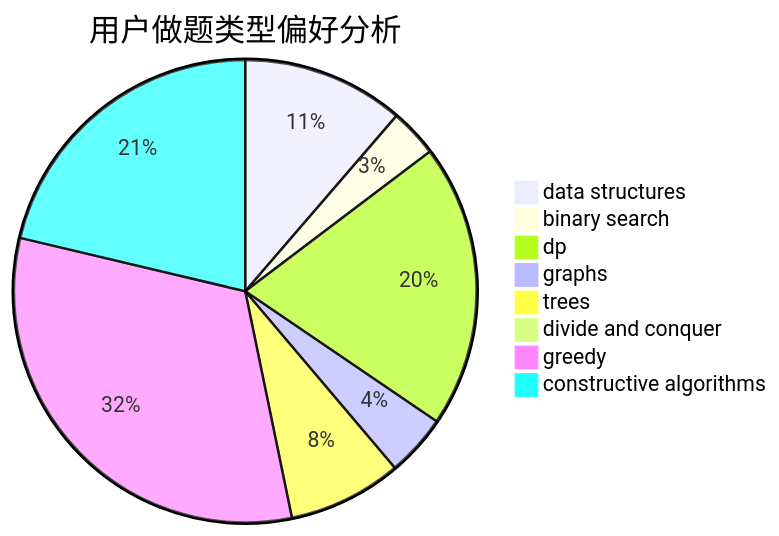
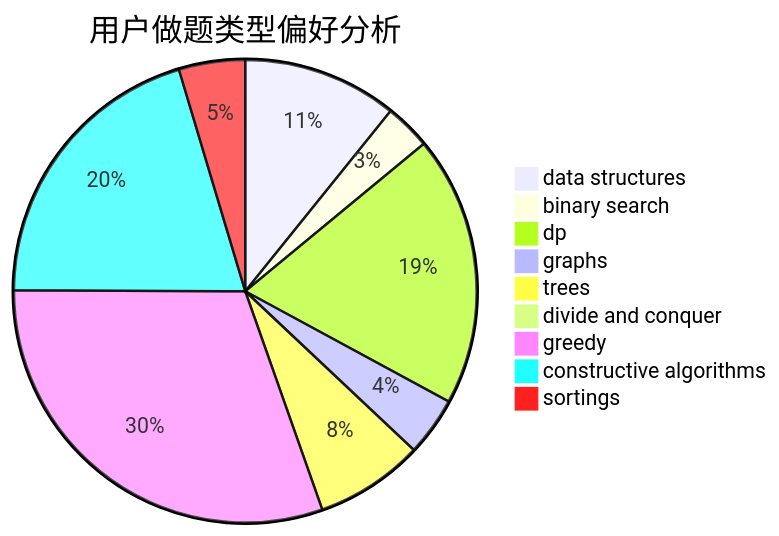
The second of 3 diagrams in docs/user/u1418.md (sherpahu/cfrs.github.io), drawn with Mermaid before and after one commit. The commit also changed other lines of this file and 2769 other files, not shown here.

````diff
--- a/docs/user/u1418.md
+++ b/docs/user/u1418.md
@@ -23,11 +18,12 @@
 ```mermaid
 pie title 用户做题类型偏好分析
     "data structures" :  84
     "binary search" :  25
     "dp" :  147
     "graphs" :  32
     "trees" :  59
     "divide and conquer" :  7
     "greedy" :  237
     "constructive algorithms" :  158
+    "sortings" :  36
 ```
````
